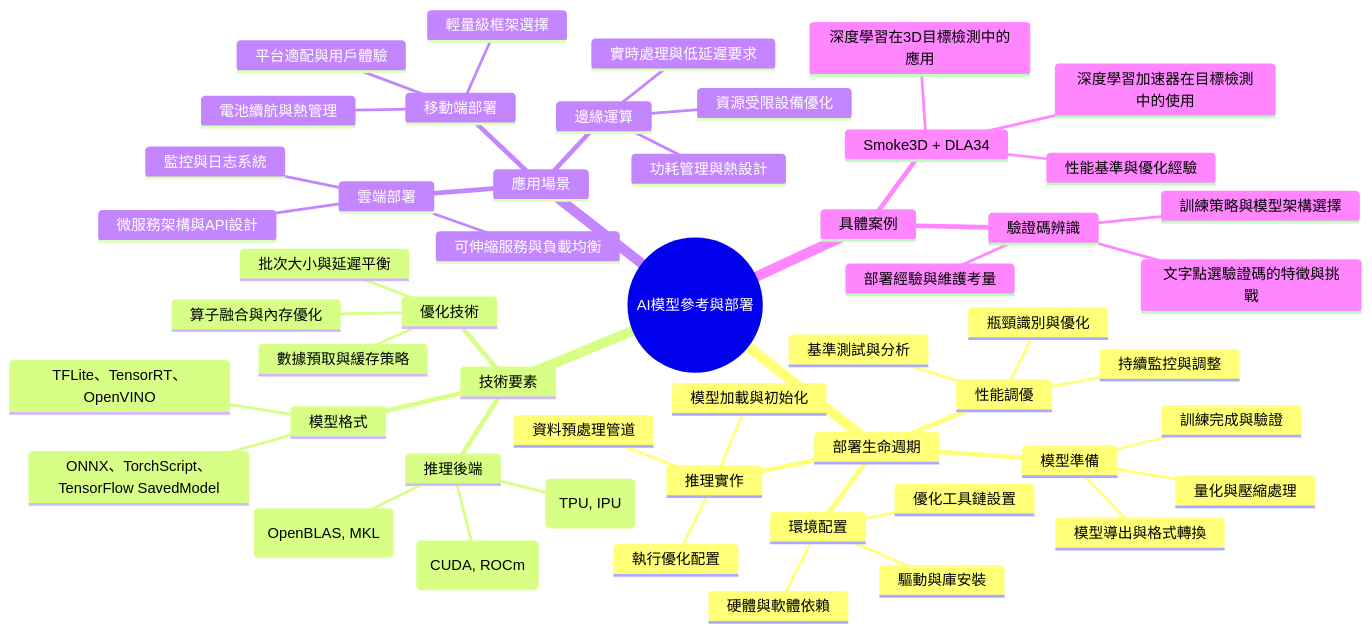
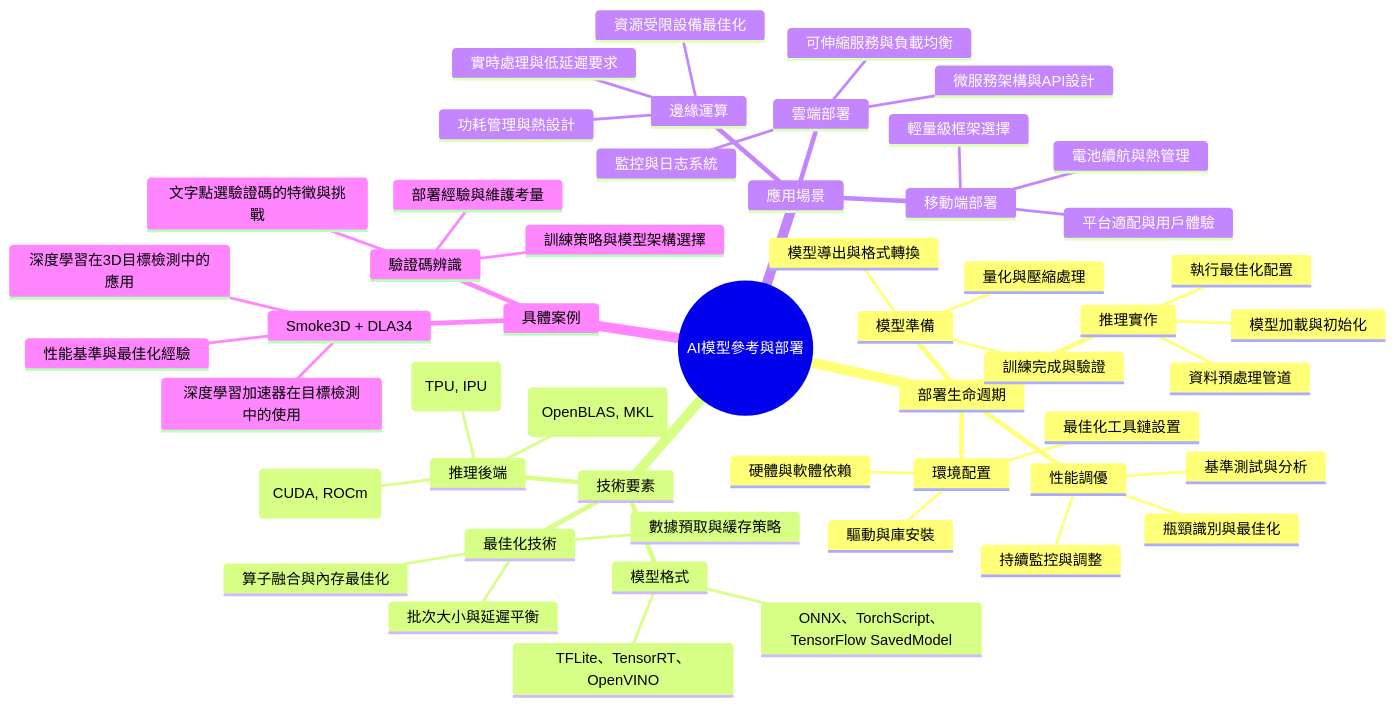
Before and after one commit to xansxuss/OBSIDIAN_NOTES: the diagram in LLM_Wiki/wiki/AI_system/ai-model-reference.md, drawn with Mermaid. The commit also changed other lines of this file and 288 other files, not shown here.

````diff
--- a/LLM_Wiki/wiki/AI_system/ai-model-reference.md
+++ b/LLM_Wiki/wiki/AI_system/ai-model-reference.md
@@ -44,55 +57,55 @@
 ```mermaid
 mindmap
   root((AI模型參考與部署))
     部署生命週期
       模型準備
         訓練完成與驗證
         模型導出與格式轉換
         量化與壓縮處理
       環境配置
         硬體與軟體依賴
         驅動與庫安裝
-        優化工具鏈設置
+        最佳化工具鏈設置
       推理實作
         模型加載與初始化
         資料預處理管道
-        執行優化配置
+        執行最佳化配置
       性能調優
         基準測試與分析
-        瓶頸識別與優化
+        瓶頸識別與最佳化
         持續監控與調整
     技術要素
       模型格式
         ONNX、TorchScript、TensorFlow SavedModel
         TFLite、TensorRT、OpenVINO
       推理後端
         CPU執行庫 (OpenBLAS, MKL)
         GPU後端 (CUDA, ROCm)
         專用加速器 (TPU, IPU)
-      優化技術
-        算子融合與內存優化
+      最佳化技術
+        算子融合與內存最佳化
         批次大小與延遲平衡
         數據預取與緩存策略
     應用場景
       雲端部署
         可伸縮服務與負載均衡
         微服務架構與API設計
         監控與日志系統
       邊緣運算
-        資源受限設備優化
+        資源受限設備最佳化
         實時處理與低延遲要求
         功耗管理與熱設計
       移動端部署
         輕量級框架選擇
         電池續航與熱管理
         平台適配與用戶體驗
     具體案例
       Smoke3D + DLA34
         深度學習在3D目標檢測中的應用
         深度學習加速器在目標檢測中的使用
-        性能基準與優化經驗
+        性能基準與最佳化經驗
       驗證碼辨識
         文字點選驗證碼的特徵與挑戰
         訓練策略與模型架構選擇
         部署經驗與維護考量
 ```
````
